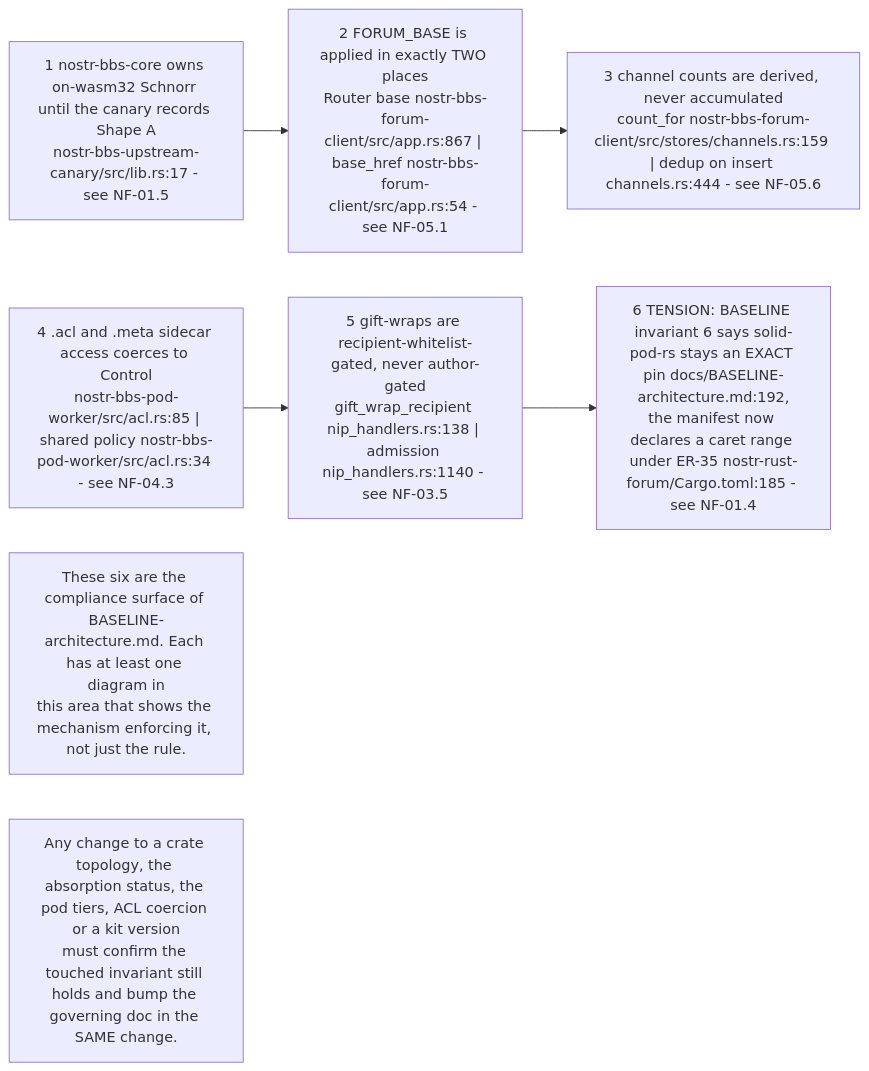
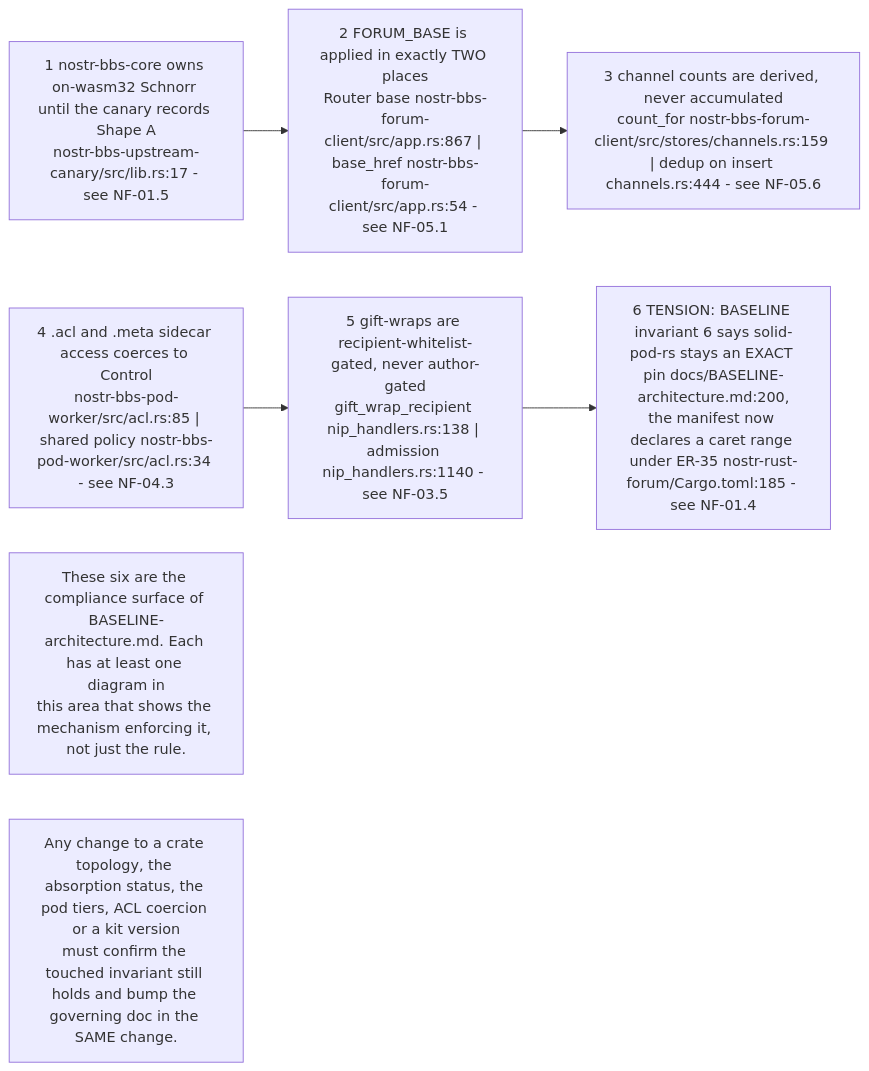
Before and after one commit to DreamLab-AI/VisionFlow: the first of 10 diagrams in docs/diagrams/nostr-rust-forum/10-invariants-and-anomaly-register.md, drawn with Mermaid. The commit also changed other lines of this file and 151 other files, not shown here.

````diff
--- a/docs/diagrams/nostr-rust-forum/10-invariants-and-anomaly-register.md
+++ b/docs/diagrams/nostr-rust-forum/10-invariants-and-anomaly-register.md
@@ -64,15 +64,15 @@
 ```mermaid
 flowchart LR
     I1["1 nostr-bbs-core owns on-wasm32 Schnorr until the canary records Shape A<br/>nostr-bbs-upstream-canary/src/lib.rs:17 - see NF-01.5"]
     I2["2 FORUM_BASE is applied in exactly TWO places<br/>Router base nostr-bbs-forum-client/src/app.rs:867 | base_href nostr-bbs-forum-client/src/app.rs:54 - see NF-05.1"]
     I3["3 channel counts are derived, never accumulated<br/>count_for nostr-bbs-forum-client/src/stores/channels.rs:159 | dedup on insert channels.rs:444 - see NF-05.6"]
     I4["4 .acl and .meta sidecar access coerces to Control<br/>nostr-bbs-pod-worker/src/acl.rs:85 | shared policy nostr-bbs-pod-worker/src/acl.rs:34 - see NF-04.3"]
     I5["5 gift-wraps are recipient-whitelist-gated, never author-gated<br/>gift_wrap_recipient nip_handlers.rs:138 | admission nip_handlers.rs:1140 - see NF-03.5"]
-    I6["6 TENSION: BASELINE invariant 6 says solid-pod-rs stays an EXACT pin docs/BASELINE-architecture.md:192,<br/>the manifest now declares a caret range under ER-35 nostr-rust-forum/Cargo.toml:185 - see NF-01.4"]
+    I6["6 TENSION: BASELINE invariant 6 says solid-pod-rs stays an EXACT pin docs/BASELINE-architecture.md:200,<br/>the manifest now declares a caret range under ER-35 nostr-rust-forum/Cargo.toml:185 - see NF-01.4"]
 
     I1 --> I2 --> I3
     I4 --> I5 --> I6
 
     N1["These six are the compliance surface of BASELINE-architecture.md. Each has at least one diagram in<br/>this area that shows the mechanism enforcing it, not just the rule."]
     N2["Any change to a crate topology, the absorption status, the pod tiers, ACL coercion or a kit version<br/>must confirm the touched invariant still holds and bump the governing doc in the SAME change."]
 ```
````
